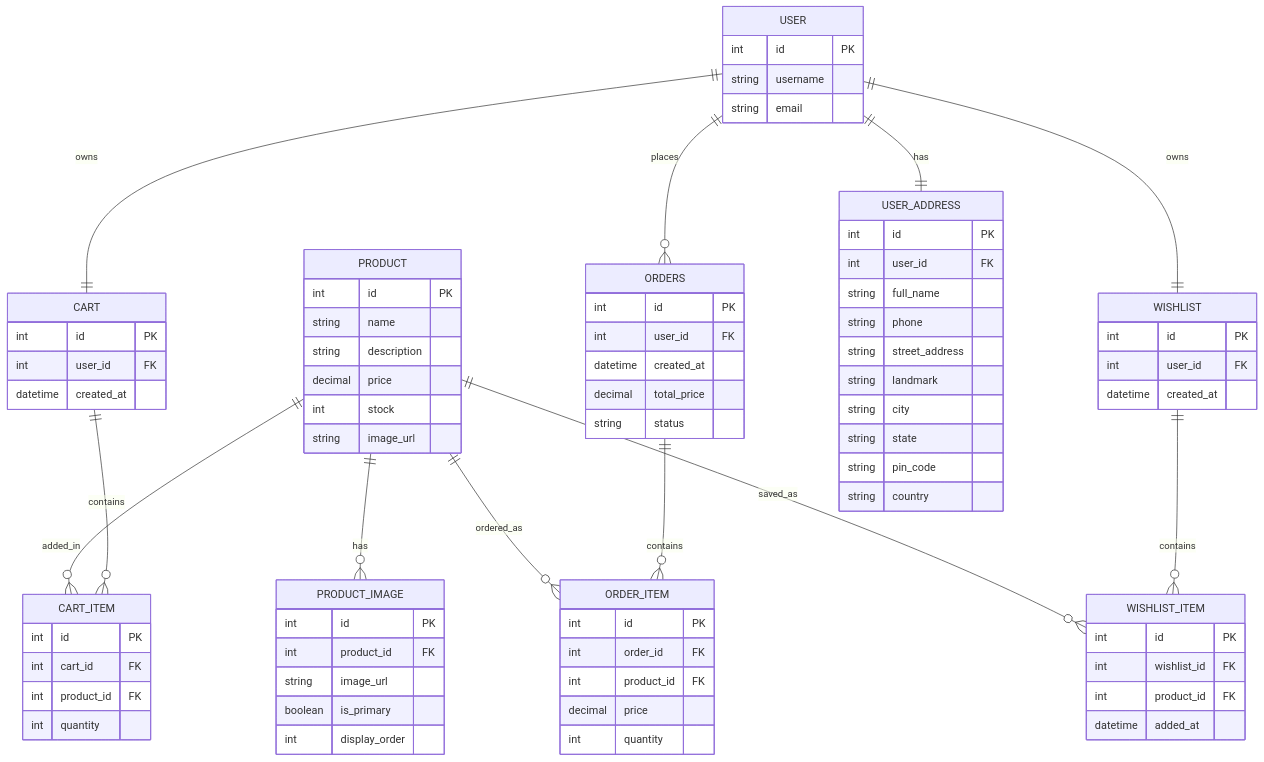
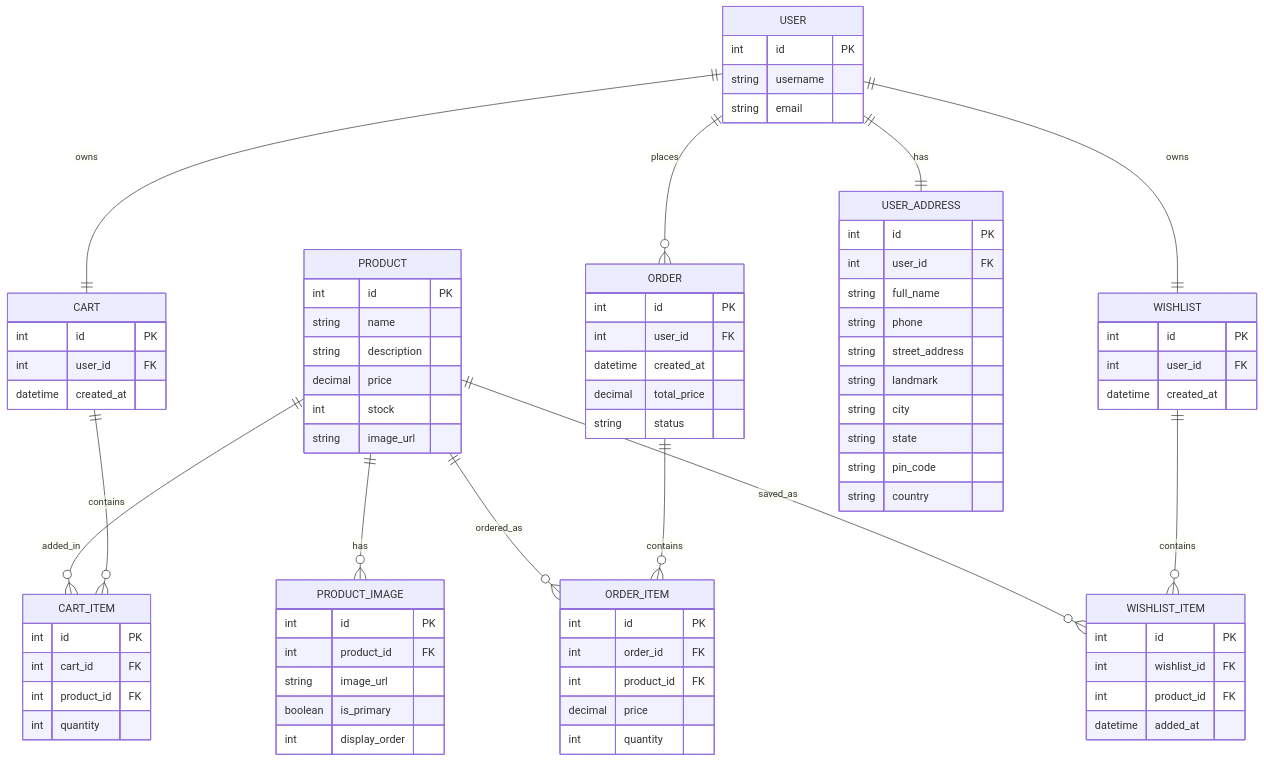
Before and after one commit to Kaushik190804/e-commercial: the diagram in docs/diagrams/ER_Diagram.mmd, drawn with Mermaid. The commit also changed 1 other file, not shown here.

Commit message:
Polish ER naming and deployment note

```diff
--- a/docs/diagrams/ER_Diagram.mmd
+++ b/docs/diagrams/ER_Diagram.mmd
@@ -1,94 +1,94 @@
 erDiagram
     USER {
         int id PK
         string username
         string email
     }
 
     PRODUCT {
         int id PK
         string name
         string description
         decimal price
         int stock
         string image_url
     }
 
     PRODUCT_IMAGE {
         int id PK
         int product_id FK
         string image_url
         boolean is_primary
         int display_order
     }
 
     CART {
         int id PK
         int user_id FK
         datetime created_at
     }
 
     CART_ITEM {
         int id PK
         int cart_id FK
         int product_id FK
         int quantity
     }
 
-    ORDERS {
+    ORDER {
         int id PK
         int user_id FK
         datetime created_at
         decimal total_price
         string status
     }
 
     ORDER_ITEM {
         int id PK
         int order_id FK
         int product_id FK
         decimal price
         int quantity
     }
 
     USER_ADDRESS {
         int id PK
         int user_id FK
         string full_name
         string phone
         string street_address
         string landmark
         string city
         string state
         string pin_code
         string country
     }
 
     WISHLIST {
         int id PK
         int user_id FK
         datetime created_at
     }
 
     WISHLIST_ITEM {
         int id PK
         int wishlist_id FK
         int product_id FK
         datetime added_at
     }
 
     USER ||--|| CART : owns
     CART ||--o{ CART_ITEM : contains
     PRODUCT ||--o{ CART_ITEM : added_in
 
-    USER ||--o{ ORDERS : places
-    ORDERS ||--o{ ORDER_ITEM : contains
+    USER ||--o{ ORDER : places
+    ORDER ||--o{ ORDER_ITEM : contains
     PRODUCT ||--o{ ORDER_ITEM : ordered_as
 
     USER ||--|| USER_ADDRESS : has
 
     USER ||--|| WISHLIST : owns
     WISHLIST ||--o{ WISHLIST_ITEM : contains
     PRODUCT ||--o{ WISHLIST_ITEM : saved_as
 
     PRODUCT ||--o{ PRODUCT_IMAGE : has
```
